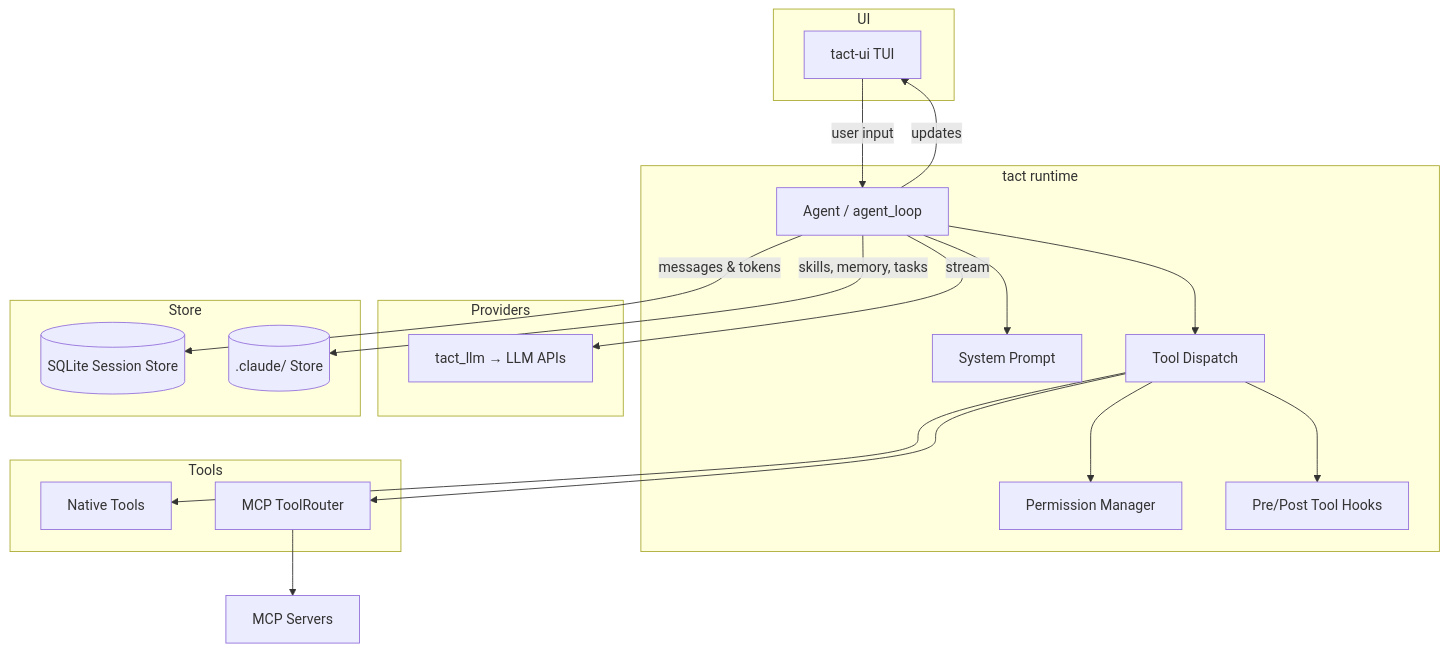
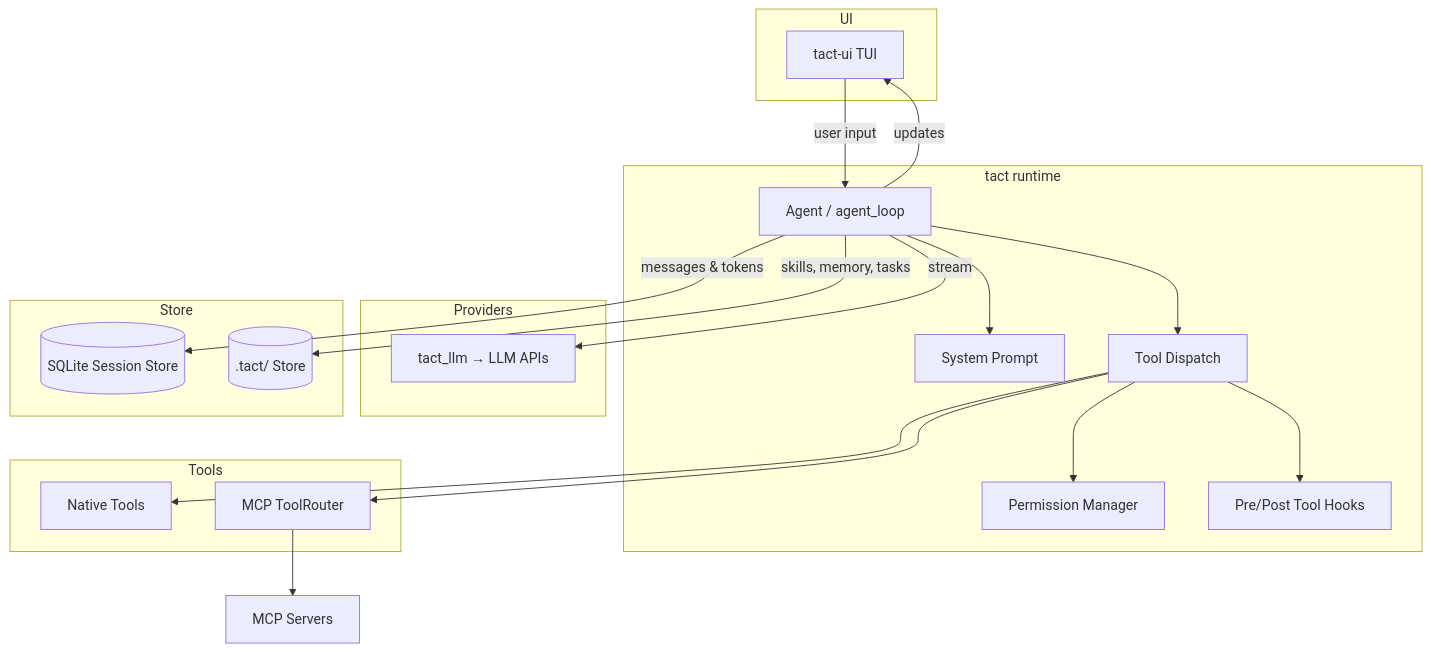
One commit to rust-infra/tact changed the first of 2 diagrams in book/index.md. Above: the diagram before and after it, drawn with Mermaid. The commit also changed other lines of this file and 83 other files, not shown here.

````diff
--- a/book/index.md
+++ b/book/index.md
@@ -15,43 +15,43 @@
 ```mermaid
 graph TB
     subgraph UI
         TUI[tact-ui TUI]
     end
 
     subgraph Runtime["tact runtime"]
         Agent[Agent / agent_loop]
         Prompt[System Prompt]
         Dispatch[Tool Dispatch]
         Permissions[Permission Manager]
         Hooks[Pre/Post Tool Hooks]
     end
 
     subgraph Tools
         Native[Native Tools]
         MCP[MCP ToolRouter]
     end
 
     subgraph Providers
         LLM[tact_llm → LLM APIs]
     end
 
     subgraph Store
         SQLite[(SQLite Session Store)]
-        Files[(.claude/ Store)]
+        Files[(.tact/ Store)]
     end
 
     MCPSrv[MCP Servers]
 
     TUI -->|user input| Agent
     Agent -->|updates| TUI
     Agent --> Prompt
     Agent -->|stream| LLM
     Agent --> Dispatch
     Dispatch --> Hooks
     Dispatch --> Permissions
     Dispatch --> Native
     Dispatch --> MCP
     MCP --> MCPSrv
     Agent -->|messages & tokens| SQLite
     Agent -->|skills, memory, tasks| Files
 ```
````
